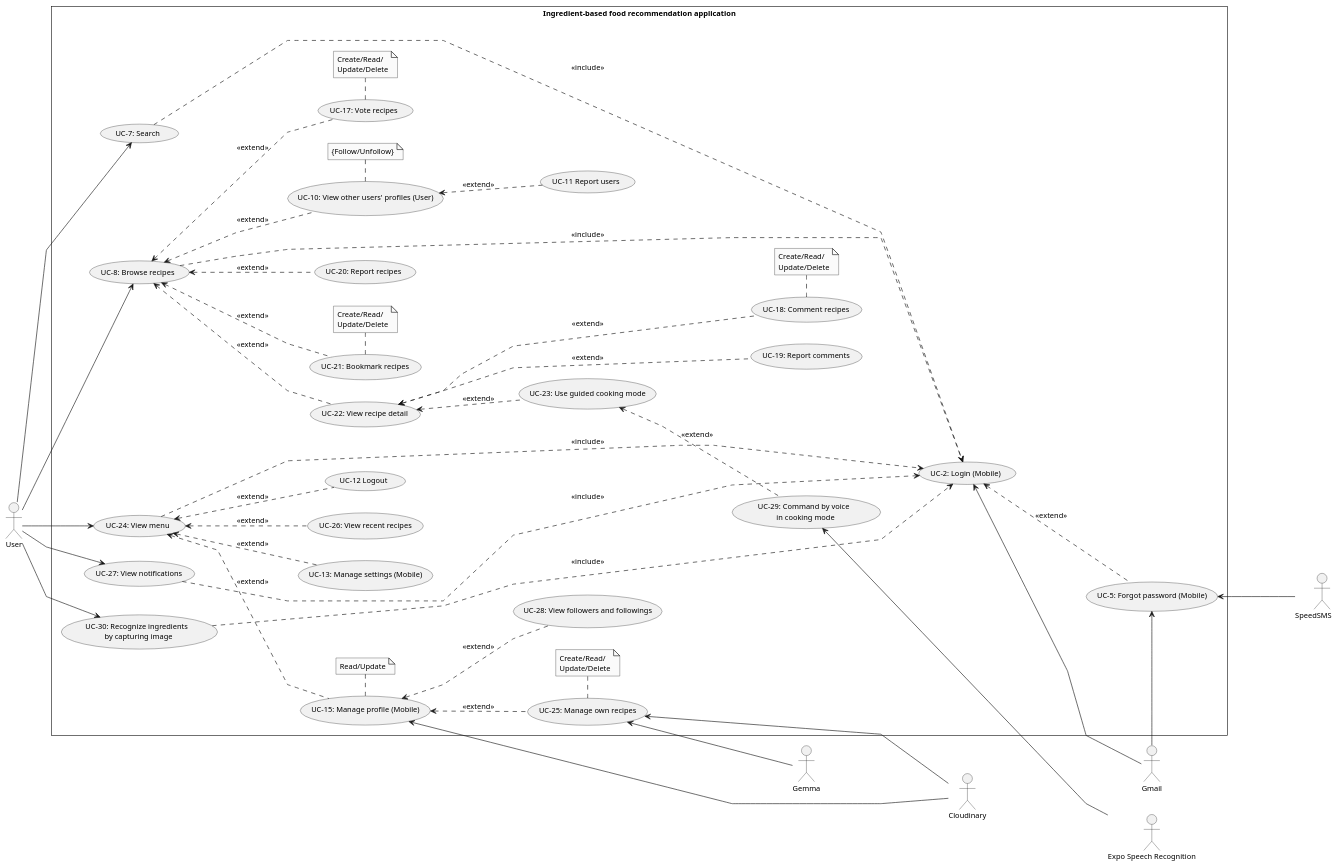
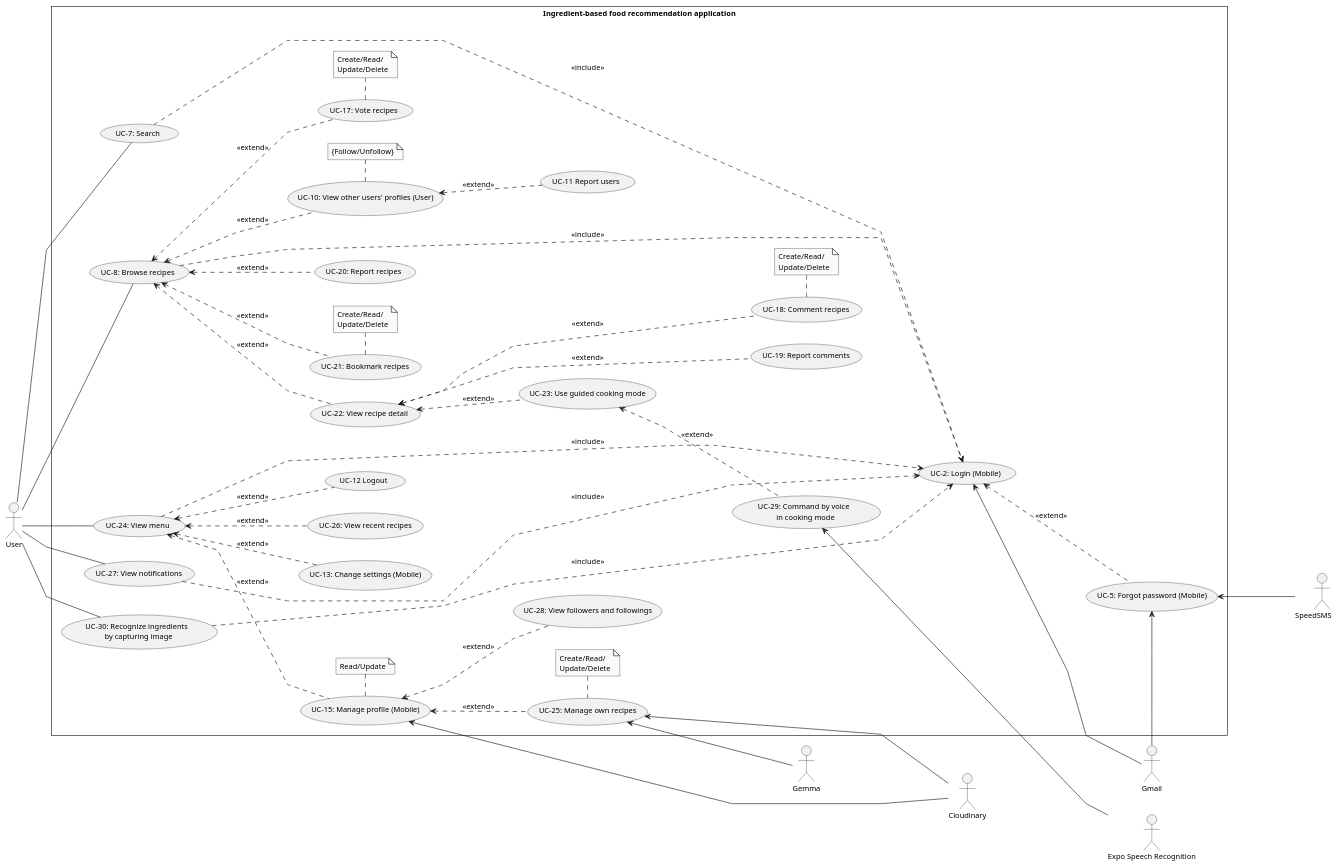
The diagram in doc/SRS/Usecase/UserUsecase/UserUsecase.plantuml (Carl-Johnsons/tastopia), drawn with PlantUML before and after one commit. The commit also changed 7 other files, not shown here.

```diff
--- a/doc/SRS/Usecase/UserUsecase/UserUsecase.plantuml
+++ b/doc/SRS/Usecase/UserUsecase/UserUsecase.plantuml
@@ -1,101 +1,101 @@
 @startuml UserUsecase
 skinparam style strictuml
 skinparam monochrome true
 skinparam linetype polyline
 skinparam defaultFontSize 12
 left to right direction
 actor "User" as user
 actor "Gmail" as gmail
 actor "Cloudinary" as cl
 actor "SpeedSMS         " as sms
 actor "Gemma" as gemma
 actor "Expo Speech Recognition" as speech
 
 rectangle Ingredient-based<U+0020>food<U+0020>recommendation<U+0020>application {
     usecase "UC-2: Login (Mobile)" as ucLogin
     usecase "UC-5: Forgot password (Mobile)" as ucForgotPassword
     usecase "UC-11 Report users" as ucReportUser
     usecase "UC-12 Logout" as ucLogout
-    usecase "UC-13: Manage settings (Mobile)" as ucManageSetting
+    usecase "UC-13: Change settings (Mobile)" as ucManageSetting
     usecase "UC-15: Manage profile (Mobile)" as ucManageProfile
 
     usecase "UC-7: Search" as ucSearch
     usecase "UC-8: Browse recipes" as ucBrowseRecipes
     usecase "UC-17: Vote recipes" as ucVoteRecipe
     usecase "UC-18: Comment recipes" as ucCmtRecipe
     usecase "UC-19: Report comments" as ucReportComment
     usecase "UC-20: Report recipes" as ucReportRecipe
     usecase "UC-21: Bookmark recipes" as ucBookmarkRecipe
     usecase "UC-22: View recipe detail" as ucViewRecipeDetail
     usecase "UC-23: Use guided cooking mode" as ucGuidedCCM
     usecase "UC-10: View other users' profiles (User)" as ucViewUSProfile
 
     usecase "UC-24: View menu" as ucViewMenu
     usecase "UC-25: Manage own recipes" as ucManageRecipe
     usecase "UC-26: View recent recipes" as ucViewRecentRecipes
 
     usecase "UC-27: View notifications" as ucViewNotif
     usecase "UC-28: View followers and followings" as ucViewFollow
 
     note "Create/Read/\nUpdate/Delete" as noteManageRecipe
     note "Read/Update" as noteManageProfile
     note "Create/Read/\nUpdate/Delete" as noteVoteRecipe
     note "Create/Read/\nUpdate/Delete" as noteCmtRecipe
     note "Create/Read/\nUpdate/Delete" as noteBookmarkRecipe
     note "{Follow/Unfollow}" as noteViewUSProfile
 
-    user --> ucSearch
+    user -- ucSearch
 
-    user --> ucBrowseRecipes
+    user -- ucBrowseRecipes
         ucBrowseRecipes <.. ucVoteRecipe : <<extend>>
             ucVoteRecipe . noteVoteRecipe
         ucBrowseRecipes <.. ucReportRecipe : <<extend>>
         ucBrowseRecipes <.. ucViewRecipeDetail : <<extend>>
             ucViewRecipeDetail <... ucCmtRecipe : <<extend>>
                 ucCmtRecipe . noteCmtRecipe
             ucViewRecipeDetail <... ucReportComment : <<extend>>
             ucViewRecipeDetail <.. ucGuidedCCM : <<extend>>
         ucBrowseRecipes <.. ucBookmarkRecipe : <<extend>>
             ucBookmarkRecipe . noteBookmarkRecipe
         ucBrowseRecipes <.. ucViewUSProfile : <<extend>>
             ucViewUSProfile . noteViewUSProfile
             ucViewUSProfile <.. ucReportUser : <<extend>>
 
-    user --> ucViewMenu
+    user -- ucViewMenu
         ucViewMenu <.. ucManageProfile : <<extend>>
             ucManageProfile . noteManageProfile
             ucManageProfile <.. ucManageRecipe : <<extend>>
             ucManageProfile <.. ucViewFollow : <<extend>>
                 ucManageRecipe . noteManageRecipe
         ucViewMenu <.. ucManageSetting : <<extend>>
         ucViewMenu <.. ucViewRecentRecipes : <<extend>>
         ucViewMenu <.. ucLogout : <<extend>>
 
-    user --> ucViewNotif
+    user -- ucViewNotif
     
     gmail -up-> ucLogin
     cl --up-> ucManageProfile
     cl --up-> ucManageRecipe
     gemma -up-> ucManageRecipe
     sms --up-> ucForgotPassword
     gmail ---> ucForgotPassword
 
     ucSearch .....> ucLogin : <<include>>
     ucBrowseRecipes .....> ucLogin : <<include>>
     ucViewMenu .....> ucLogin : <<include>>
     ucViewNotif .....>ucLogin : <<include>>
     ucLogin <.. ucForgotPassword : <<extend>>
 
     usecase "UC-29: Command by voice \n in cooking mode" as ucCommandVoiceCCM
     usecase "UC-30: Recognize ingredients \n by capturing image" as ucRecognizeIngre
 
     speech --up-> ucCommandVoiceCCM
 
-    user --> ucRecognizeIngre
+    user -- ucRecognizeIngre
     ucGuidedCCM <.. ucCommandVoiceCCM : <<extend>>
 
     ucRecognizeIngre .....> ucLogin : <<include>>
 
 }
 
 @enduml
```
